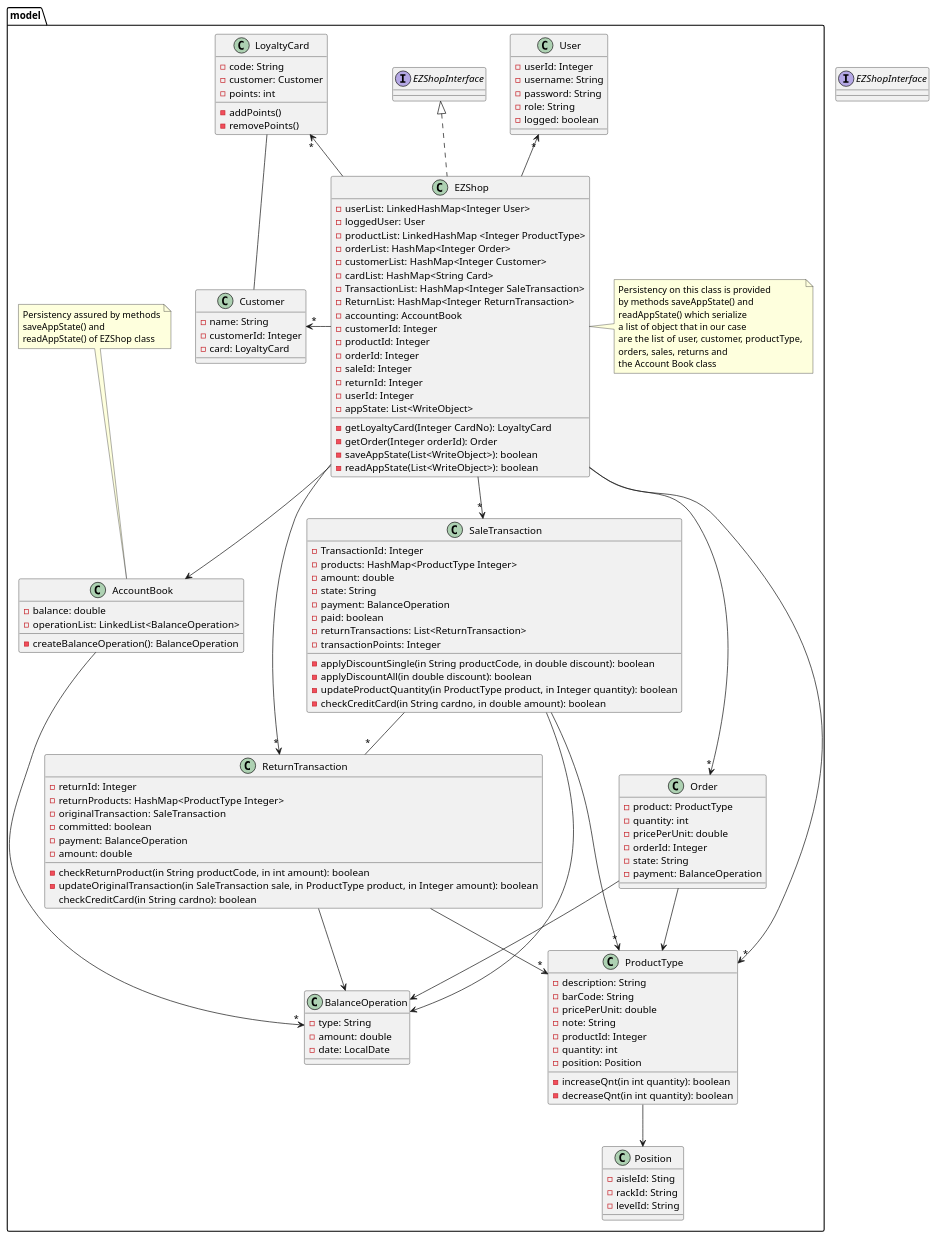
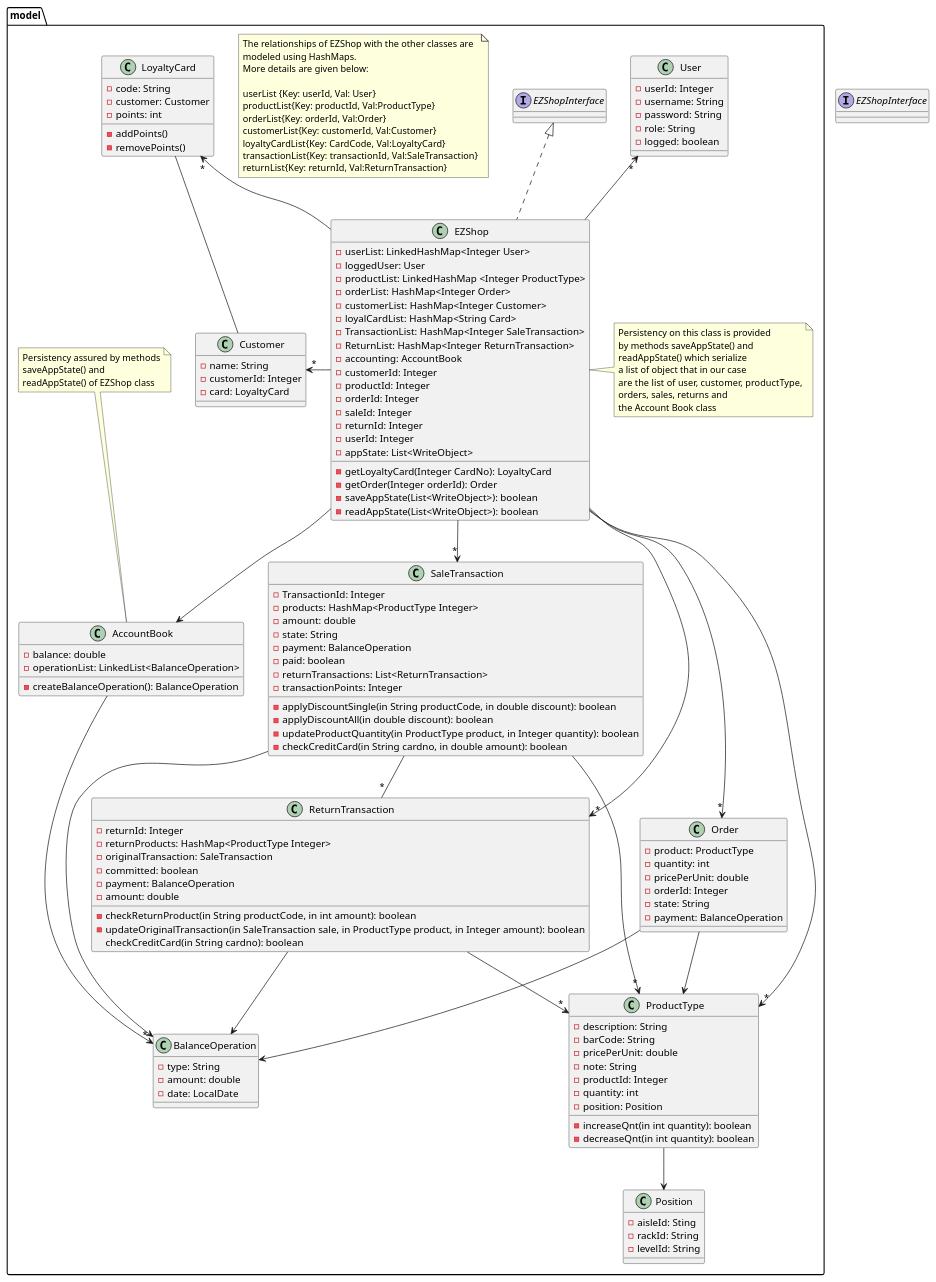
One commit to marco-ballario/EzShop changed the third of 11 diagrams in Deliverables/DesignDocument.md. Above: the diagram before and after it, drawn with PlantUML.

Commit message:
docs: added note on low level design UML

```diff
--- a/Deliverables/DesignDocument.md
+++ b/Deliverables/DesignDocument.md
@@ -109,13 +109,15 @@
 interface EZShopInterface{}
 
 package model{
+note "The relationships of EZShop with the other classes are\nmodeled using HashMaps.\nMore details are given below:\n\nuserList {Key: userId, Val: User}\nproductList{Key: productId, Val:ProductType}\norderList{Key: orderId, Val:Order}\ncustomerList{Key: customerId, Val:Customer}\nloyaltyCardList{Key: CardCode, Val:LoyaltyCard}\ntransactionList{Key: transactionId, Val:SaleTransaction}\nreturnList{Key: returnId, Val:ReturnTransaction}" as N3
+
 class EZShop implements EZShopInterface{
 -userList: LinkedHashMap<Integer User>
 -loggedUser: User
 -productList: LinkedHashMap <Integer ProductType>
 -orderList: HashMap<Integer Order>
 -customerList: HashMap<Integer Customer>
--cardList: HashMap<String Card>
+-loyalCardList: HashMap<String Card>
 -TransactionList: HashMap<Integer SaleTransaction>
 -ReturnList: HashMap<Integer ReturnTransaction>
 -accounting: AccountBook
```
